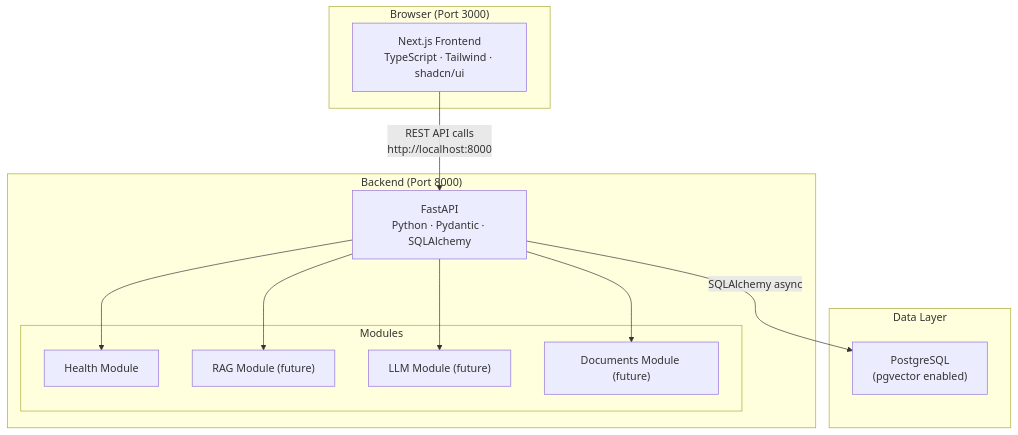
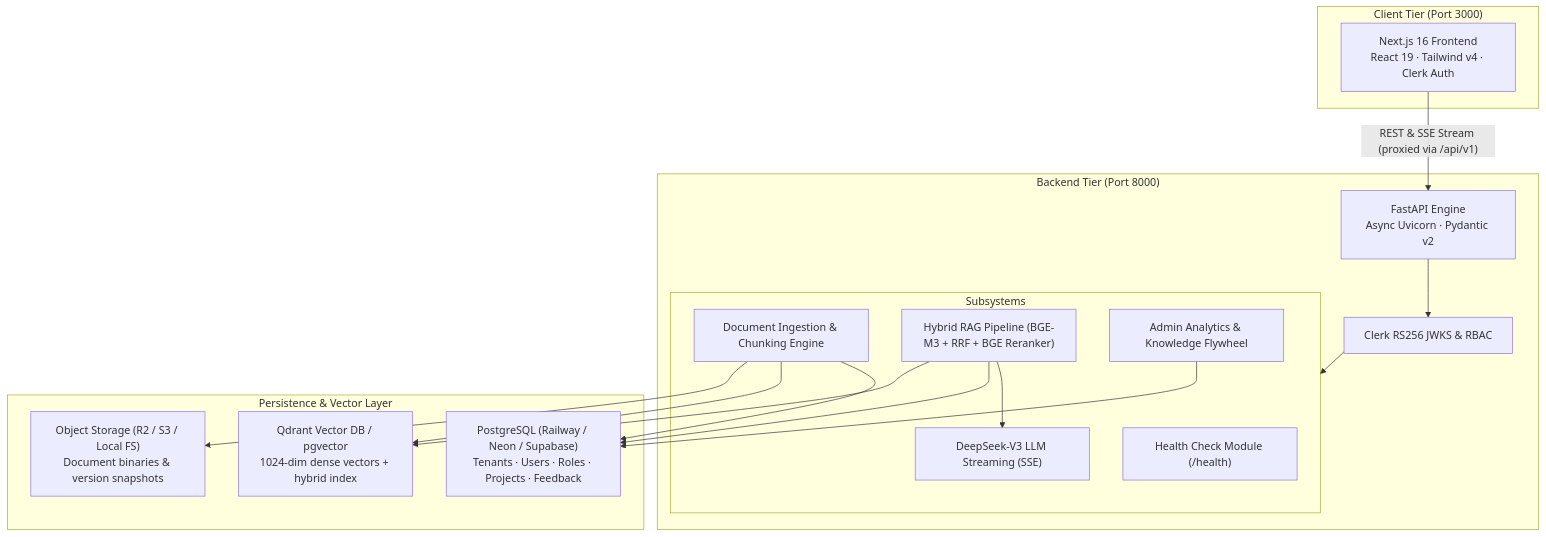
One commit to Sirudevteam/ARIA changed the diagram in docs/architecture/overview.md. Above: the diagram before and after it, drawn with Mermaid. The commit also changed other lines of this file and 3 other files, not shown here.

Commit message:
docs: update root README, frontend README, and architecture documentation to reflect production implementation

````diff
--- a/docs/architecture/overview.md
+++ b/docs/architecture/overview.md
@@ -11,27 +17,36 @@
 ```mermaid
 graph TB
-    subgraph Client["Browser (Port 3000)"]
-        FE["Next.js Frontend\nTypeScript · Tailwind · shadcn/ui"]
+    subgraph Client["Client Tier (Port 3000)"]
+        UI["Next.js 16 Frontend\nReact 19 · Tailwind v4 · Clerk Auth"]
     end
 
-    subgraph Server["Backend (Port 8000)"]
-        API["FastAPI\nPython · Pydantic · SQLAlchemy"]
-        subgraph Modules
-            HEALTH["Health Module"]
-            RAG["RAG Module (future)"]
-            LLM["LLM Module (future)"]
-            DOCS["Documents Module (future)"]
+    subgraph Server["Backend Tier (Port 8000)"]
+        API["FastAPI Engine\nAsync Uvicorn · Pydantic v2"]
+        AUTH["Clerk RS256 JWKS & RBAC"]
+        
+        subgraph Subsystems
+            HEALTH["Health Check Module (/health)"]
+            DOCS["Document Ingestion & Chunking Engine"]
+            RAG["Hybrid RAG Pipeline (BGE-M3 + RRF + BGE Reranker)"]
+            LLM["DeepSeek-V3 LLM Streaming (SSE)"]
+            ADMIN["Admin Analytics & Knowledge Flywheel"]
         end
     end
 
-    subgraph Data["Data Layer"]
-        PG["PostgreSQL\n(pgvector enabled)"]
+    subgraph Data["Persistence & Vector Layer"]
+        PG["PostgreSQL (Railway / Neon / Supabase)\nTenants · Users · Roles · Projects · Feedback"]
+        VEC["Qdrant Vector DB / pgvector\n1024-dim dense vectors + hybrid index"]
+        STORE["Object Storage (R2 / S3 / Local FS)\nDocument binaries & version snapshots"]
     end
 
-    FE -- "REST API calls\nhttp://localhost:8000" --> API
-    API --> HEALTH
-    API --> RAG
-    API --> LLM
-    API --> DOCS
-    API -- "SQLAlchemy async" --> PG
+    UI -- "REST & SSE Stream (proxied via /api/v1)" --> API
+    API --> AUTH
+    AUTH --> Subsystems
+    DOCS --> STORE
+    DOCS --> VEC
+    DOCS --> PG
+    RAG --> VEC
+    RAG --> PG
+    RAG --> LLM
+    ADMIN --> PG
 ```
````
